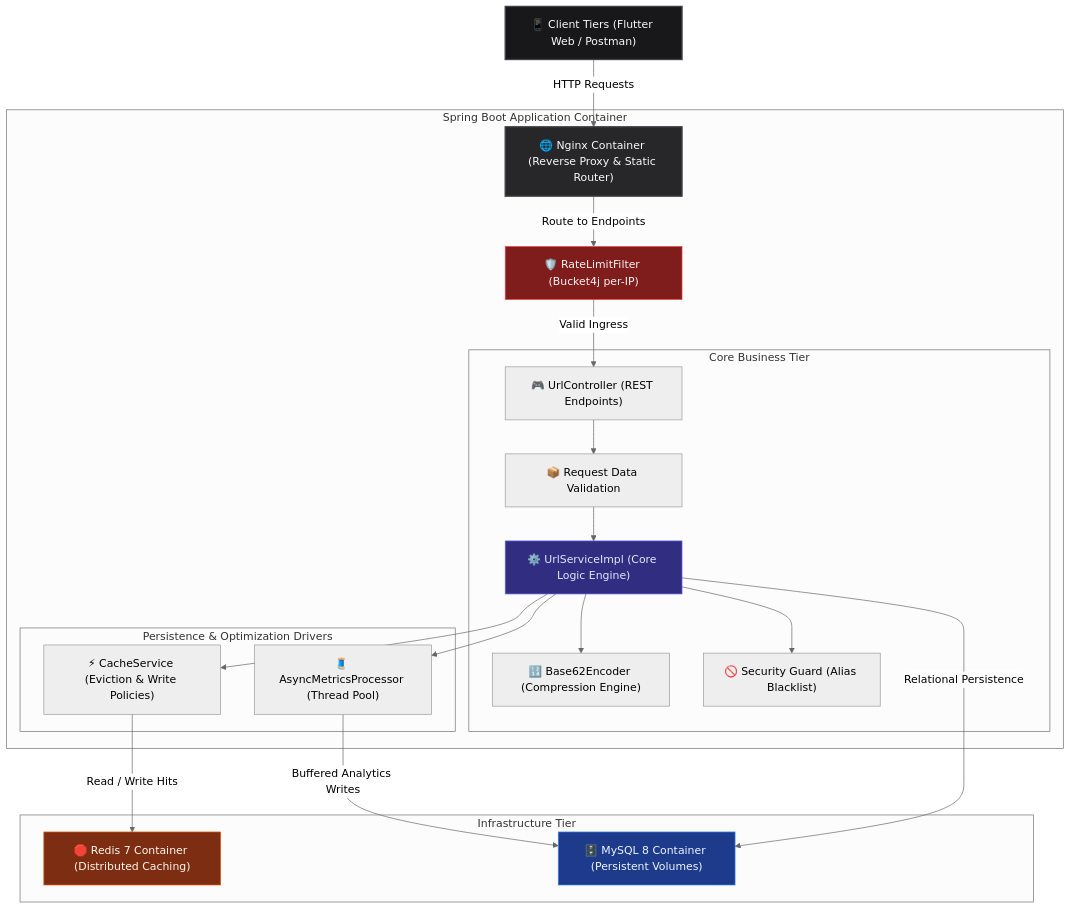
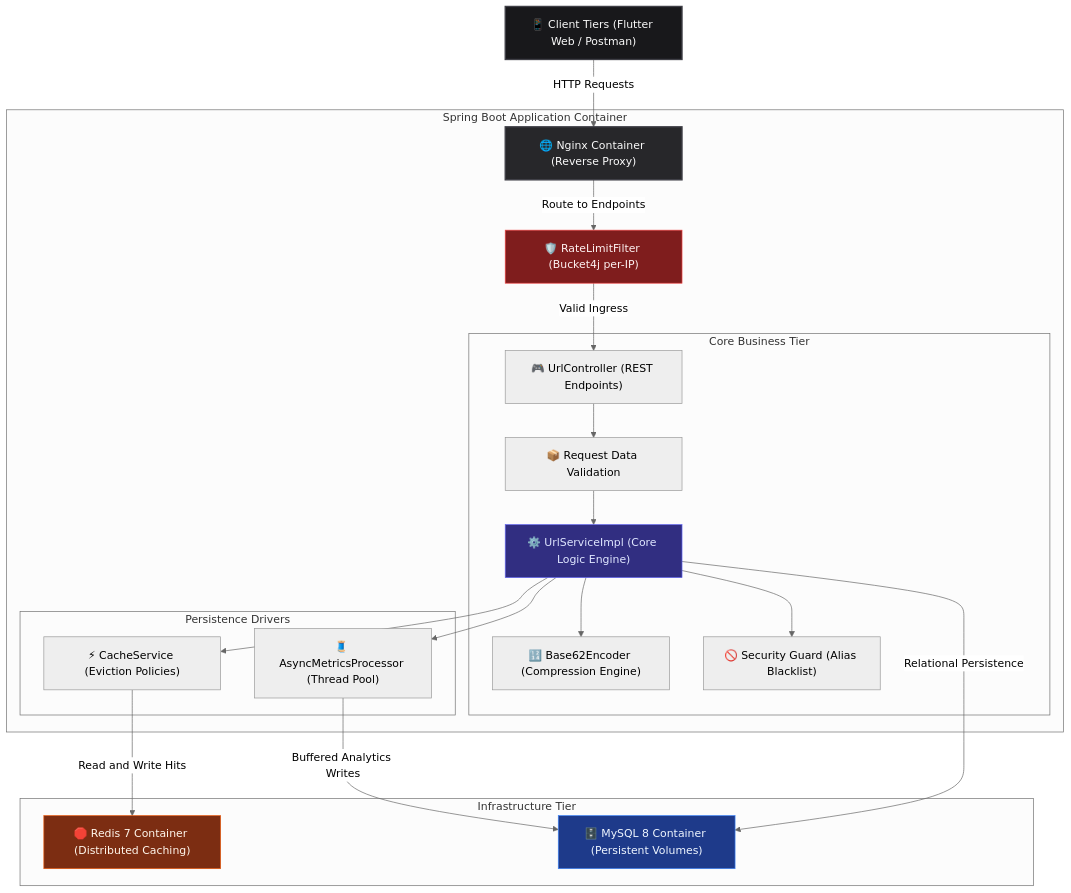
The first of 3 diagrams in README.md (khushi-jaiswal0512/Url-shortner), drawn with Mermaid (neutral theme) before and after one commit.

Commit message:
docs: Completely fix mermaid diagram by decoupling nodes from connections

````diff
--- a/README.md
+++ b/README.md
@@ -11,35 +11,50 @@
 ```mermaid
 graph TD
-    Client["📱 Client Tiers (Flutter Web / Postman)"] -->|HTTP Requests| Nginx["🌐 Nginx Container (Reverse Proxy & Static Router)"]
+    %% 1. Define Nodes Safest Way (No HTML)
+    Client["📱 Client Tiers (Flutter Web / Postman)"]
+    Nginx["🌐 Nginx Container (Reverse Proxy)"]
+    Filter["🛡️ RateLimitFilter (Bucket4j per-IP)"]
+    Controller["🎮 UrlController (REST Endpoints)"]
+    DTO["📦 Request Data Validation"]
+    Service["⚙️ UrlServiceImpl (Core Logic Engine)"]
+    Encoder["🔢 Base62Encoder (Compression Engine)"]
+    Blacklist["🚫 Security Guard (Alias Blacklist)"]
+    CacheService["⚡ CacheService (Eviction Policies)"]
+    AsyncMetrics["🧵 AsyncMetricsProcessor (Thread Pool)"]
+    Redis["🛑 Redis 7 Container (Distributed Caching)"]
+    MySQL["🗄️ MySQL 8 Container (Persistent Volumes)"]
+
+    %% 2. Define Graph Connections (No Quotes in Arrows)
+    Client -->|HTTP Requests| Nginx
 
     subgraph "Spring Boot Application Container"
-        Nginx -->|Route to Endpoints| Filter["🛡️ RateLimitFilter (Bucket4j per-IP)"]
-        Filter -->|Valid Ingress| Controller["🎮 UrlController (REST Endpoints)"]
+        Nginx -->|Route to Endpoints| Filter
+        Filter -->|Valid Ingress| Controller
         
         subgraph "Core Business Tier"
-            Controller --> DTO["📦 Request Data Validation"]
-            DTO --> Service["⚙️ UrlServiceImpl (Core Logic Engine)"]
-            Service --> Encoder["🔢 Base62Encoder (Compression Engine)"]
-            Service --> Blacklist["🚫 Security Guard (Alias Blacklist)"]
+            Controller --> DTO
+            DTO --> Service
+            Service --> Encoder
+            Service --> Blacklist
         end
 
-        subgraph "Persistence & Optimization Drivers"
-            Service --> CacheService["⚡ CacheService (Eviction & Write Policies)"]
-            Service --> AsyncMetrics["🧵 AsyncMetricsProcessor (Thread Pool)"]
+        subgraph "Persistence Drivers"
+            Service --> CacheService
+            Service --> AsyncMetrics
         end
     end
 
     subgraph "Infrastructure Tier"
-        CacheService -->|Read / Write Hits| Redis["🛑 Redis 7 Container (Distributed Caching)"]
-        Service -->|Relational Persistence| MySQL["🗄️ MySQL 8 Container (Persistent Volumes)"]
+        CacheService -->|Read and Write Hits| Redis
+        Service -->|Relational Persistence| MySQL
         AsyncMetrics -->|Buffered Analytics Writes| MySQL
     end
 
-    %% Visual styling overrides
+    %% 3. Visual Styling
     style Client fill:#18181b,stroke:#3f3f46,stroke-width:2px,color:#fafafa
     style Nginx fill:#27272a,stroke:#3f3f46,stroke-width:2px,color:#fafafa
     style Filter fill:#7f1d1d,stroke:#ef4444,stroke-width:1px,color:#fef2f2
     style Redis fill:#7c2d12,stroke:#ea580c,stroke-width:1px,color:#fff7ed
     style MySQL fill:#1e3a8a,stroke:#3b82f6,stroke-width:1px,color:#eff6ff
     style Service fill:#312e81,stroke:#6366f1,stroke-width:1px,color:#e0e7ff
 ```
````
